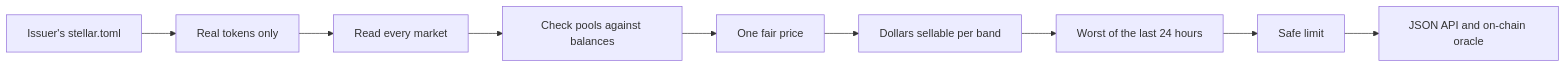
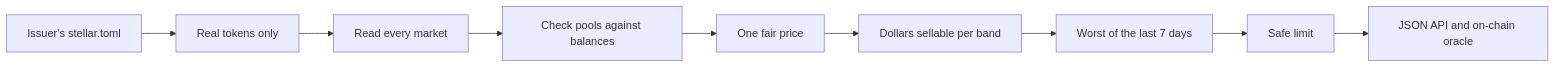
The diagram in docs-site/how-it-works.mdx (Fahad-Dezloper/Orbit), drawn with Mermaid before and after one commit. The commit also changed other lines of this file and 17 other files, not shown here.

````diff
--- a/docs-site/how-it-works.mdx
+++ b/docs-site/how-it-works.mdx
@@ -8,11 +8,11 @@
 ```mermaid
 flowchart LR
   A[Issuer's stellar.toml] --> B[Real tokens only]
   B --> C[Read every market]
   C --> D[Check pools against balances]
   D --> E[One fair price]
   E --> F[Dollars sellable per band]
-  F --> G[Worst of the last 24 hours]
+  F --> G[Worst of the last 7 days]
   G --> H[Safe limit]
   H --> I[JSON API and on-chain oracle]
 ```
````
